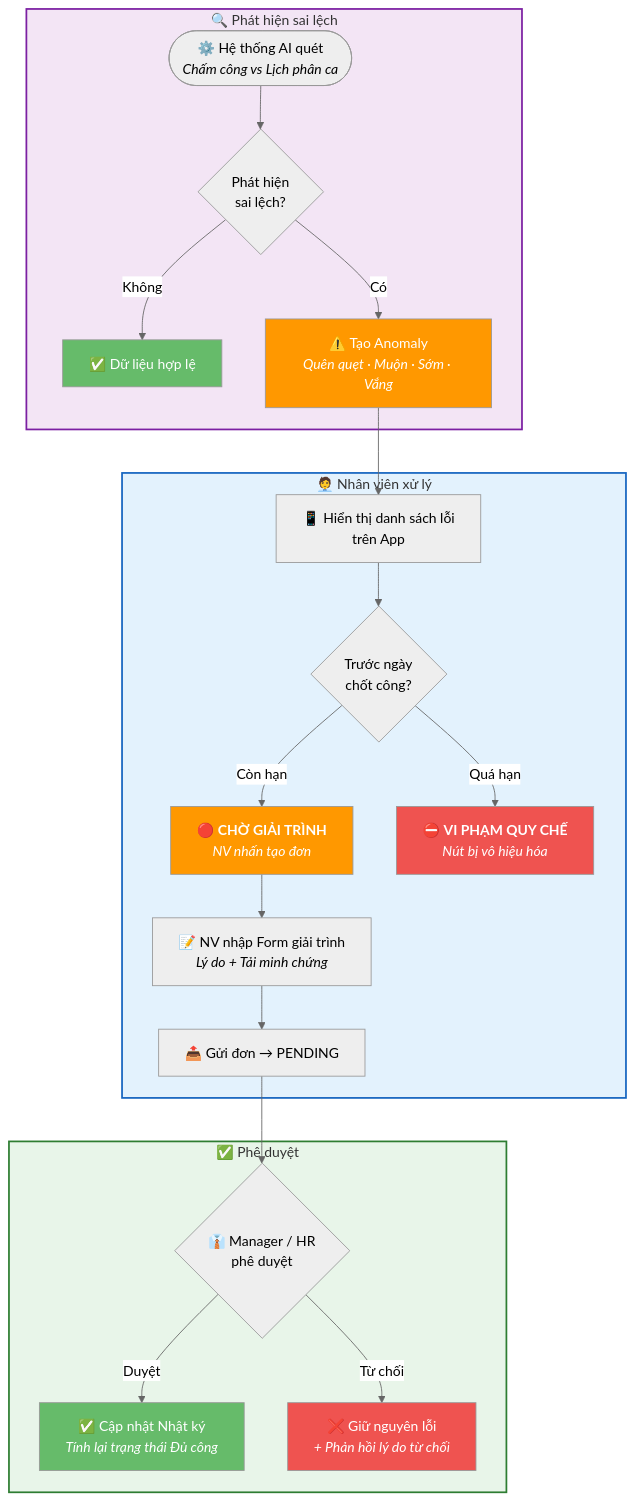
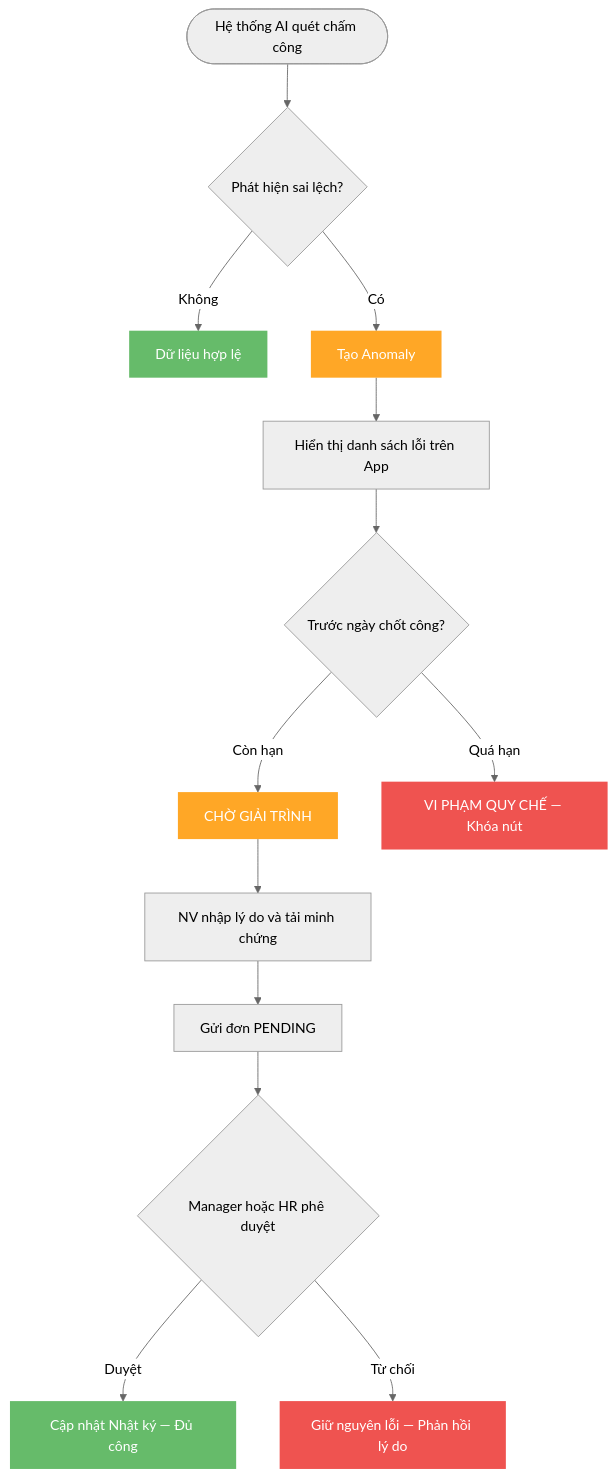
The first of 2 diagrams in outputs/mini-app-cham-cong/2.11-Mini-app/2.11.3.-Giải-trình-công/README.md (olbboy/BA-Kit), drawn with Mermaid (neutral theme) before and after one commit. The commit also changed other lines of this file and 5 other files, not shown here.

First line of the commit message:
style: simplify all Mermaid diagrams — clean professional look

````diff
--- a/outputs/mini-app-cham-cong/2.11-Mini-app/2.11.3.-Giải-trình-công/README.md
+++ b/outputs/mini-app-cham-cong/2.11-Mini-app/2.11.3.-Giải-trình-công/README.md
@@ -24,44 +24,23 @@
 ```mermaid
 graph TD
-    subgraph detect [" 🔍 Phát hiện sai lệch "]
-        A(["⚙️ Hệ thống AI quét<br/><i>Chấm công vs Lịch phân ca</i>"])
-        B{"Phát hiện<br/>sai lệch?"}
-        C["✅ Dữ liệu hợp lệ"]
-        D["⚠️ Tạo Anomaly<br/><i>Quên quẹt · Muộn · Sớm · Vắng</i>"]
-    end
+    A([Hệ thống AI quét chấm công]) --> B{Phát hiện sai lệch?}
+    B -->|Không| C[Dữ liệu hợp lệ]
+    B -->|Có| D[Tạo Anomaly]
+    D --> E[Hiển thị danh sách lỗi trên App]
+    E --> F{Trước ngày chốt công?}
+    F -->|Còn hạn| G[CHỜ GIẢI TRÌNH]
+    F -->|Quá hạn| H[VI PHẠM QUY CHẾ — Khóa nút]
+    G --> I[NV nhập lý do và tải minh chứng]
+    I --> J[Gửi đơn PENDING]
+    J --> K{Manager hoặc HR phê duyệt}
+    K -->|Duyệt| L[Cập nhật Nhật ký — Đủ công]
+    K -->|Từ chối| M[Giữ nguyên lỗi — Phản hồi lý do]
 
-    subgraph employee [" 🧑‍💼 Nhân viên xử lý "]
-        E["📱 Hiển thị danh sách lỗi<br/>trên App"]
-        F{"Trước ngày<br/>chốt công?"}
-        G["🔴 <b>CHỜ GIẢI TRÌNH</b><br/><i>NV nhấn tạo đơn</i>"]
-        H["⛔ <b>VI PHẠM QUY CHẾ</b><br/><i>Nút bị vô hiệu hóa</i>"]
-        I["📝 NV nhập Form giải trình<br/><i>Lý do + Tải minh chứng</i>"]
-        J["📤 Gửi đơn → PENDING"]
-    end
+    classDef ok fill:#66BB6A,color:#fff,stroke-width:0
+    classDef fail fill:#EF5350,color:#fff,stroke-width:0
+    classDef warn fill:#FFA726,color:#fff,stroke-width:0
 
-    subgraph approval [" ✅ Phê duyệt "]
-        K{"👔 Manager / HR<br/>phê duyệt"}
-        L["✅ Cập nhật Nhật ký<br/><i>Tính lại trạng thái Đủ công</i>"]
-        M["❌ Giữ nguyên lỗi<br/><i>+ Phản hồi lý do từ chối</i>"]
-    end
-
-    A --> B
-    B -->|"Không"| C
-    B -->|"Có"| D --> E --> F
-    F -->|"Còn hạn"| G --> I --> J --> K
-    F -->|"Quá hạn"| H
-    K -->|"Duyệt"| L
-    K -->|"Từ chối"| M
-
-    style detect fill:#F3E5F5,stroke:#7B1FA2,stroke-width:2px
-    style employee fill:#E3F2FD,stroke:#1565C0,stroke-width:2px
-    style approval fill:#E8F5E9,stroke:#2E7D32,stroke-width:2px
-
-    classDef warn fill:#FF9800,color:#fff
-    classDef fail fill:#EF5350,color:#fff
-    classDef ok fill:#66BB6A,color:#fff
-
+    class C,L ok
+    class H,M fail
     class D,G warn
-    class H,M fail
-    class C,L ok
 ```
````
